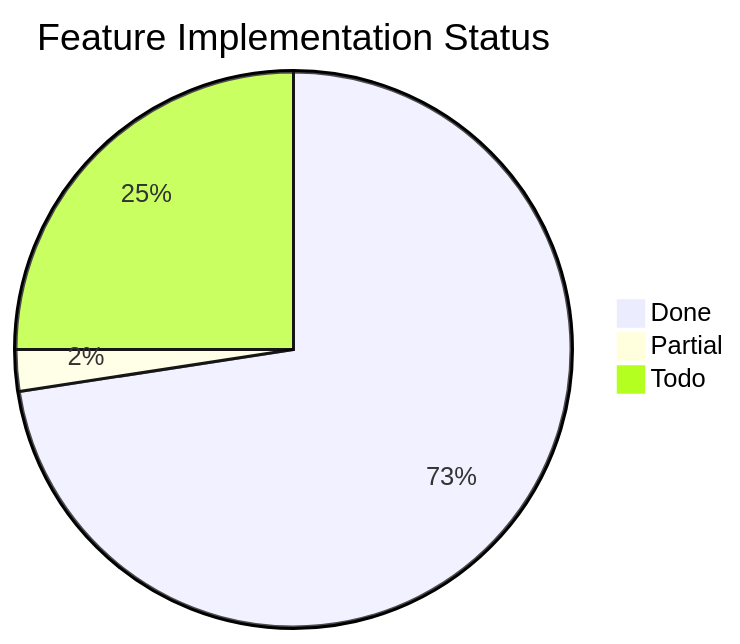
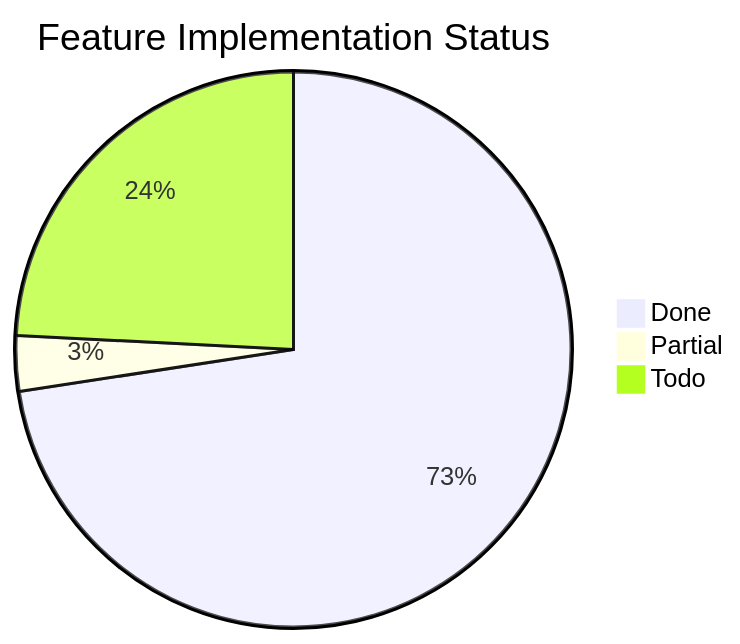
Before and after one commit to Papyrine/Morph: the third of 3 diagrams in docs/word-features.md, drawn with Mermaid. The commit also changed other lines of this file and 11 other files, not shown here.

````diff
--- a/docs/word-features.md
+++ b/docs/word-features.md
@@ -1842,6 +1846,6 @@
 ```mermaid
 pie title Feature Implementation Status
     "Done" : 90
-    "Partial" : 3
-    "Todo" : 31
+    "Partial" : 4
+    "Todo" : 30
 ```
````
